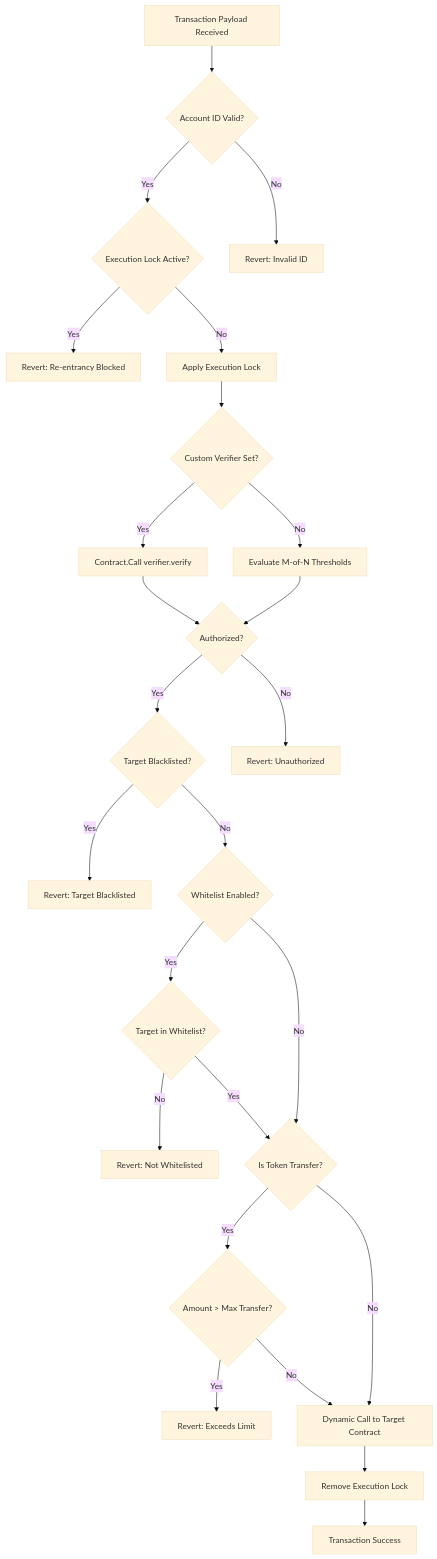
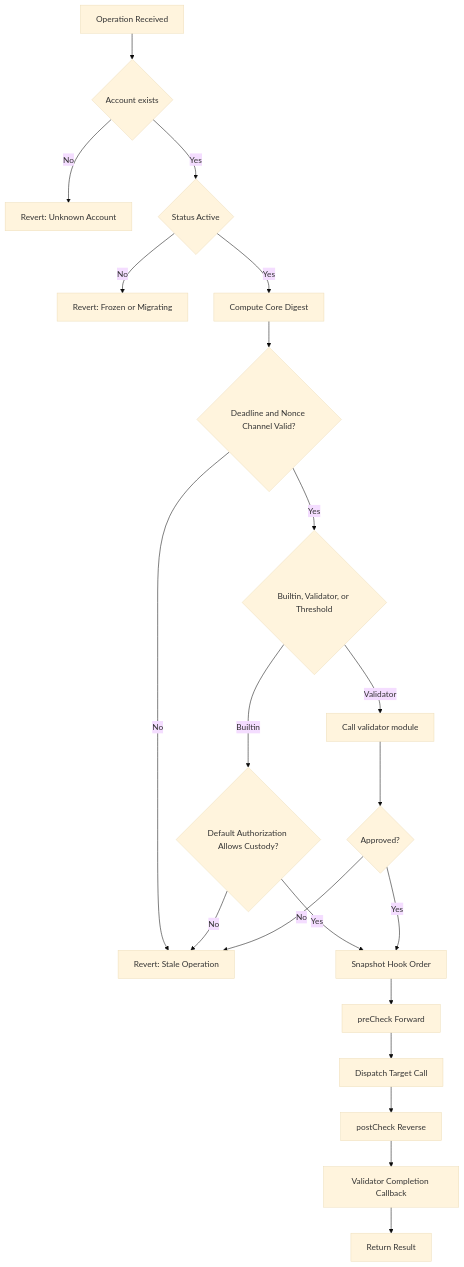
One commit to r3e-network/neo-os-aa changed the fourth of 5 diagrams in frontend/src/assets/docs/data-flow.md. Above: the diagram before and after it, drawn with Mermaid (base theme). The commit also changed other lines of this file and 425 other files, not shown here.

````diff
--- a/frontend/src/assets/docs/data-flow.md
+++ b/frontend/src/assets/docs/data-flow.md
@@ -82,37 +93,25 @@
 ```mermaid
 flowchart TD
-    Start[Transaction Payload Received] --> HasID{Account ID Valid?}
-    HasID -- Yes --> ActiveLock{Execution Lock Active?}
-    HasID -- No --> Reject[Revert: Invalid ID]
+    Start[Operation Received] --> Exists{Account exists}
+    Exists -- No --> RejectID[Revert: Unknown Account]
+    Exists -- Yes --> Active{Status Active}
+    Active -- No --> RejectFrozen[Revert: Frozen or Migrating]
+    Active -- Yes --> Digest[Compute Core Digest]
+    Digest --> Deadline{Deadline and Nonce Channel Valid?}
+    Deadline -- No --> RejectAuth[Revert: Stale Operation]
+    Deadline -- Yes --> Route{Builtin, Validator, or Threshold}
 
-    ActiveLock -- Yes --> RejectLock[Revert: Re-entrancy Blocked]
-    ActiveLock -- No --> Lock[Apply Execution Lock]
+    Route -- Builtin --> Default{Default Authorization Allows Custody?}
+    Default -- No --> RejectAuth
+    Route -- Validator --> Validate[Call validator module]
+    Validate --> AuthResult{Approved?}
+    AuthResult -- No --> RejectAuth
+    Default -- Yes --> Hooks
+    AuthResult -- Yes --> Hooks[Snapshot Hook Order]
 
-    Lock --> CustomVer{Custom Verifier Set?}
-
-    CustomVer -- Yes --> CallCustom[Contract.Call verifier.verify]
-    CallCustom --> AuthResult
-
-    CustomVer -- No --> CheckNative[Evaluate M-of-N Thresholds]
-    CheckNative --> AuthResult{Authorized?}
-
-    AuthResult -- Yes --> CheckBlacklist{Target Blacklisted?}
-    AuthResult -- No --> RejectAuth[Revert: Unauthorized]
-
-    CheckBlacklist -- Yes --> RejectBL[Revert: Target Blacklisted]
-    CheckBlacklist -- No --> CheckWhitelist{Whitelist Enabled?}
-
-    CheckWhitelist -- Yes --> InWhitelist{Target in Whitelist?}
-    InWhitelist -- No --> RejectWL[Revert: Not Whitelisted]
-    InWhitelist -- Yes --> TokenCheck
-    CheckWhitelist -- No --> TokenCheck
-
-    TokenCheck{Is Token Transfer?}
-    TokenCheck -- Yes --> OverLimit{Amount > Max Transfer?}
-    OverLimit -- Yes --> RejectLimit[Revert: Exceeds Limit]
-    OverLimit -- No --> Execute
-    TokenCheck -- No --> Execute
-
-    Execute[Dynamic Call to Target Contract] --> Unlock[Remove Execution Lock]
-    Unlock --> End[Transaction Success]
+    Hooks --> Pre[preCheck Forward]
+    Pre --> Target[Dispatch Target Call]
+    Target --> Post[postCheck Reverse]
+    Post --> Complete[Validator Completion Callback]
+    Complete --> End[Return Result]
 ```
````
